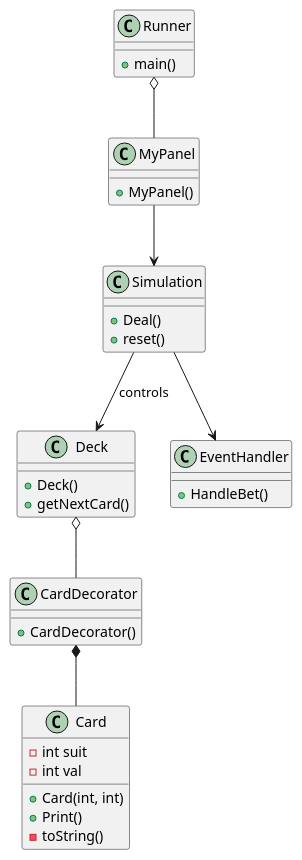
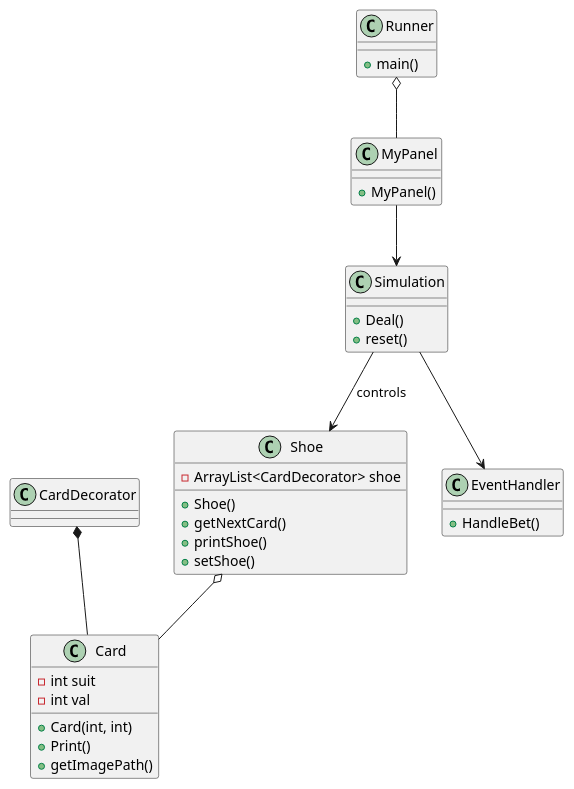
The diagram in support/uml/project.puml (Zach-Farrell/blackjack-game), drawn with PlantUML before and after one commit. The commit also changed 5 other files, not shown here.

Commit message:
changed card toString to getFilePath for better readability

```diff
--- a/support/uml/project.puml
+++ b/support/uml/project.puml
@@ -1,44 +1,42 @@
 @startuml
-class Deck {
-    +Deck()
+class Shoe {
+    -ArrayList<CardDecorator> shoe
+    +Shoe()
     +getNextCard()
-
+    +printShoe()
+    +setShoe()
 }
 
 class Card {
     +Card(int, int)
     +Print()
-    -toString()
+    +getImagePath()
     -int suit
     -int val
-}
-
-class CardDecorator{
-    +CardDecorator()
 }
 
 class Simulation {
     +Deal()
     +reset()
 
 }
 
 class EventHandler {
     +HandleBet()
 }
 
 class MyPanel {
     +MyPanel()
 }
 
 class Runner {
 	+main()
 }
 
 CardDecorator *-- Card
-Deck o-- CardDecorator
+Shoe o-- Card
 MyPanel --> Simulation
-Simulation --> Deck : controls
+Simulation --> Shoe : controls
 Simulation --> EventHandler
 Runner o-- MyPanel
 @enduml
```
